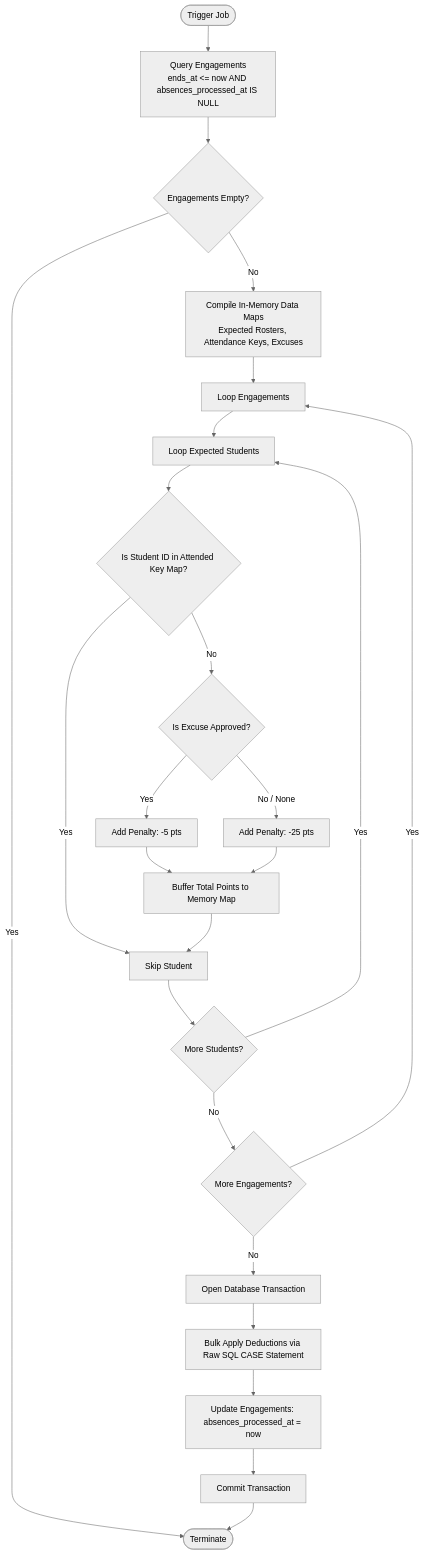
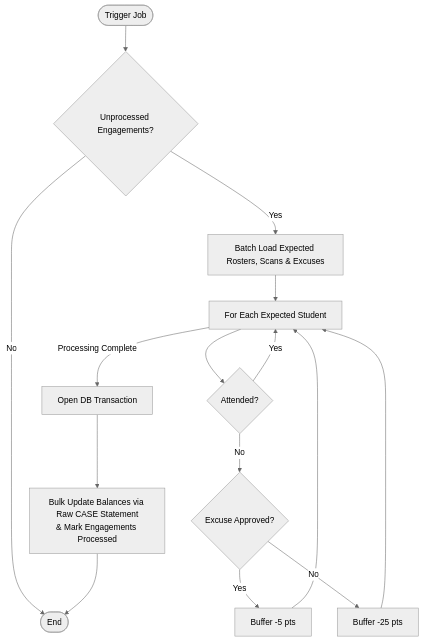
The second of 3 diagrams in docs/modules/attendance.md (AndrewEmad14/attendance-and-grading-platform-backend), drawn with Mermaid (neutral theme) before and after one commit. The commit also changed other lines of this file and 1 other file, not shown here.

Commit message:
docs: update attendance module docs and readme

````diff
--- a/docs/modules/attendance.md
+++ b/docs/modules/attendance.md
@@ -87,33 +88,19 @@
 ```mermaid
 graph TD
-    Start([Trigger Job]) --> Fetch[Query Engagements<br>ends_at <= now AND absences_processed_at IS NULL]
-    Fetch --> CheckEmpty{Engagements Empty?}
-    CheckEmpty -- Yes --> End([Terminate])
-    CheckEmpty -- No --> MapData[Compile In-Memory Data Maps<br>Expected Rosters, Attendance Keys, Excuses]
+    Start([Trigger Job]) --> Fetch{Unprocessed Engagements?}
+    Fetch -->|No| End([End])
+    Fetch -->|Yes| Batch[Batch Load Expected Rosters, Scans & Excuses]
     
-    MapData --> OuterLoop[Loop Engagements]
-    OuterLoop --> InnerLoop[Loop Expected Students]
+    Batch --> Loop[For Each Expected Student]
     
-    InnerLoop --> CheckAttended{Is Student ID in Attended Key Map?}
-    CheckAttended -- Yes --> NextStudent[Skip Student]
-    CheckAttended -- No --> CheckExcuse{Is Excuse Approved?}
+    Loop --> Attended{Attended?}
+    Attended -->|Yes| Loop
+    Attended -->|No| Excuse{Excuse Approved?}
     
-    CheckExcuse -- Yes --> AddExcused[Add Penalty: -5 pts]
-    CheckExcuse -- No / None --> AddUnexcused[Add Penalty: -25 pts]
+    Excuse -->|Yes| Custom5[Buffer -5 pts] --> Loop
+    Excuse -->|No| Custom25[Buffer -25 pts] --> Loop
     
-    AddExcused --> TrackDeduction[Buffer Total Points to Memory Map]
-    AddUnexcused --> TrackDeduction
-    TrackDeduction --> NextStudent
-    
-    NextStudent --> ControlStudent{More Students?}
-    ControlStudent -- Yes --> InnerLoop
-    ControlStudent -- No --> ControlEngagement{More Engagements?}
-    
-    ControlEngagement -- Yes --> OuterLoop
-    ControlEngagement -- No --> DBTransaction[Open Database Transaction]
-    
-    DBTransaction --> BulkUpdate[Bulk Apply Deductions via Raw SQL CASE Statement]
-    BulkUpdate --> LockState[Update Engagements: absences_processed_at = now]
-    LockState --> Commit[Commit Transaction]
-    Commit --> End
+    Loop -->|Processing Complete| Tx[Open DB Transaction]
+    Tx --> Bulk["Bulk Update Balances via Raw CASE Statement<br>& Mark Engagements Processed"]
+    Bulk --> End
 ```
````
